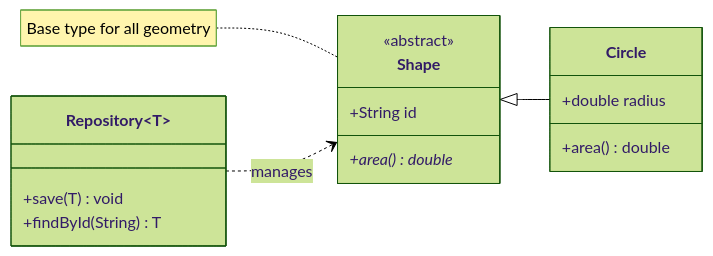
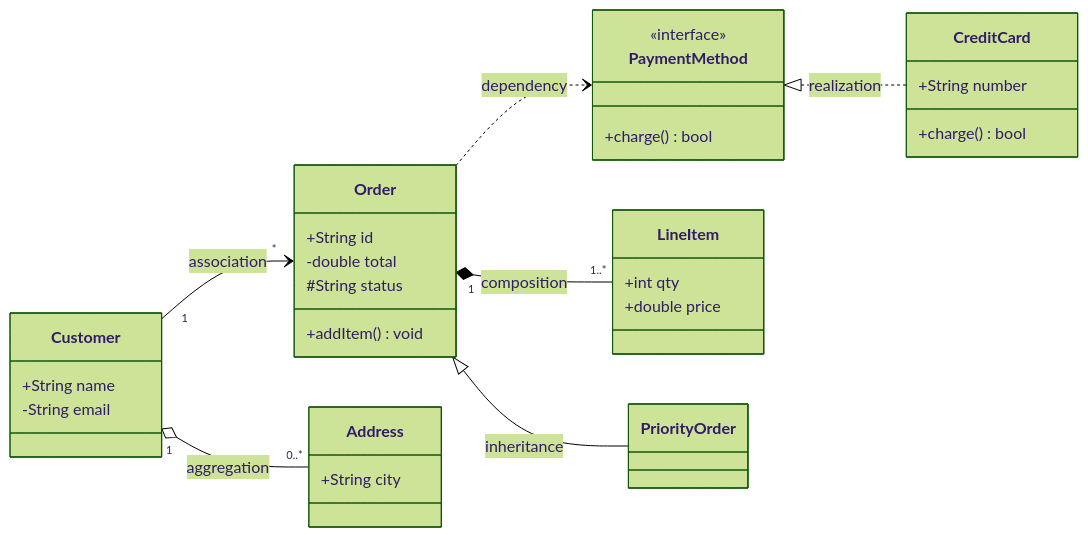
One commit to klesajos/grimoire changed the third of 3 diagrams in plugins/archmage/skills/mermaid/reference/class.md. Above: the diagram before and after it, drawn with Mermaid (forest theme). The commit also changed other lines of this file and 85 other files, not shown here.

First line of the commit message:
Illustrate archmage reference files with example diagrams

````diff
--- a/plugins/archmage/skills/mermaid/reference/class.md
+++ b/plugins/archmage/skills/mermaid/reference/class.md
@@ -86,20 +91,36 @@
 ```mermaid
 classDiagram
   direction LR
-  class Shape {
-    <<abstract>>
+  class PaymentMethod {
+    <<interface>>
+    +charge() bool
+  }
+  class Order {
     +String id
-    +area()* double
+    -double total
+    #String status
+    +addItem() void
   }
-  class Circle {
-    +double radius
-    +area() double
+  class Customer {
+    +String name
+    -String email
   }
-  class Repository~T~ {
-    +save(T) void
-    +findById(String) T
+  class CreditCard {
+    +String number
+    +charge() bool
   }
-  Shape <|-- Circle
-  Repository~Shape~ ..> Shape : manages
-  note for Shape "Base type for all geometry"
+  class LineItem {
+    +int qty
+    +double price
+  }
+  class Address {
+    +String city
+  }
+
+  PaymentMethod <|.. CreditCard : realization
+  Order <|-- PriorityOrder : inheritance
+  Order "1" *-- "1..*" LineItem : composition
+  Customer "1" o-- "0..*" Address : aggregation
+  Customer "1" --> "*" Order : association
+  Order ..> PaymentMethod : dependency
 ```
````
